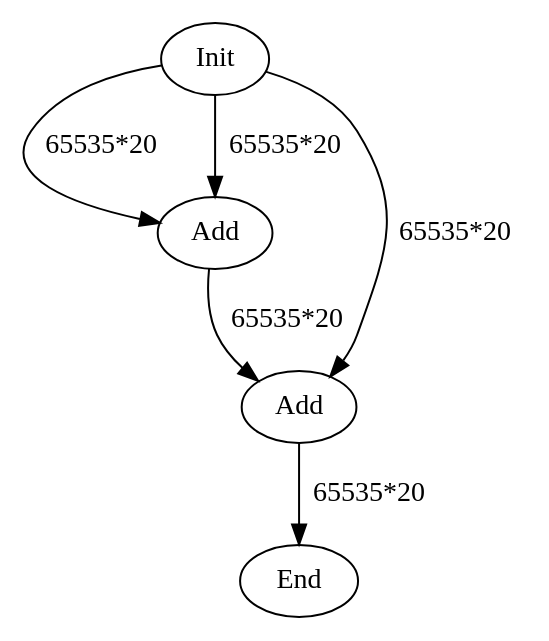
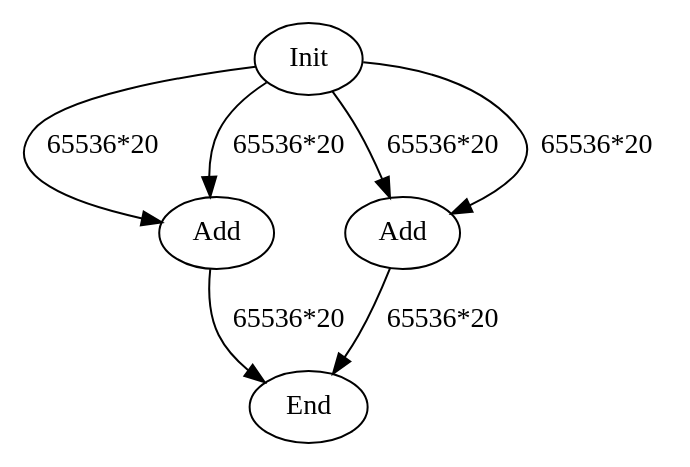
The diagram in data/graph_poly.dot (hal-lab-u-tokyo/PolyFHE), drawn with Graphviz before and after one commit. The commit also changed 5 other files, not shown here.

```diff
--- a/data/graph_poly.dot
+++ b/data/graph_poly.dot
@@ -1,11 +1,12 @@
 digraph G {
 Init[label="Init"];
 Add0[label="Add"];
 Add1[label="Add"];
 End[label="End"];
-Init -> Add0[label="65535*20"];
-Init -> Add0[label="65535*20"];
-Add0 -> Add1[label="65535*20"];
-Init -> Add1[label="65535*20"];
-Add1 -> End[label="65535*20"];
+Init->Add0[label="65536*20"];
+Init->Add0[label="65536*20"];
+Init->Add1[label="65536*20"];
+Init->Add1[label="65536*20"];
+Add0->End[label="65536*20"];
+Add1->End[label="65536*20"];
 }
```
